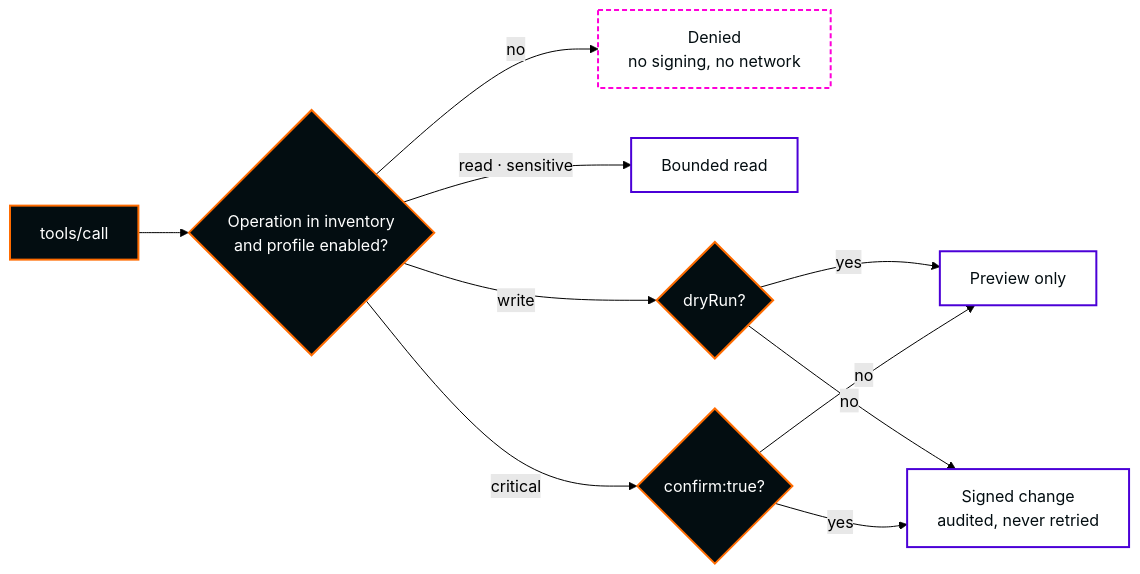
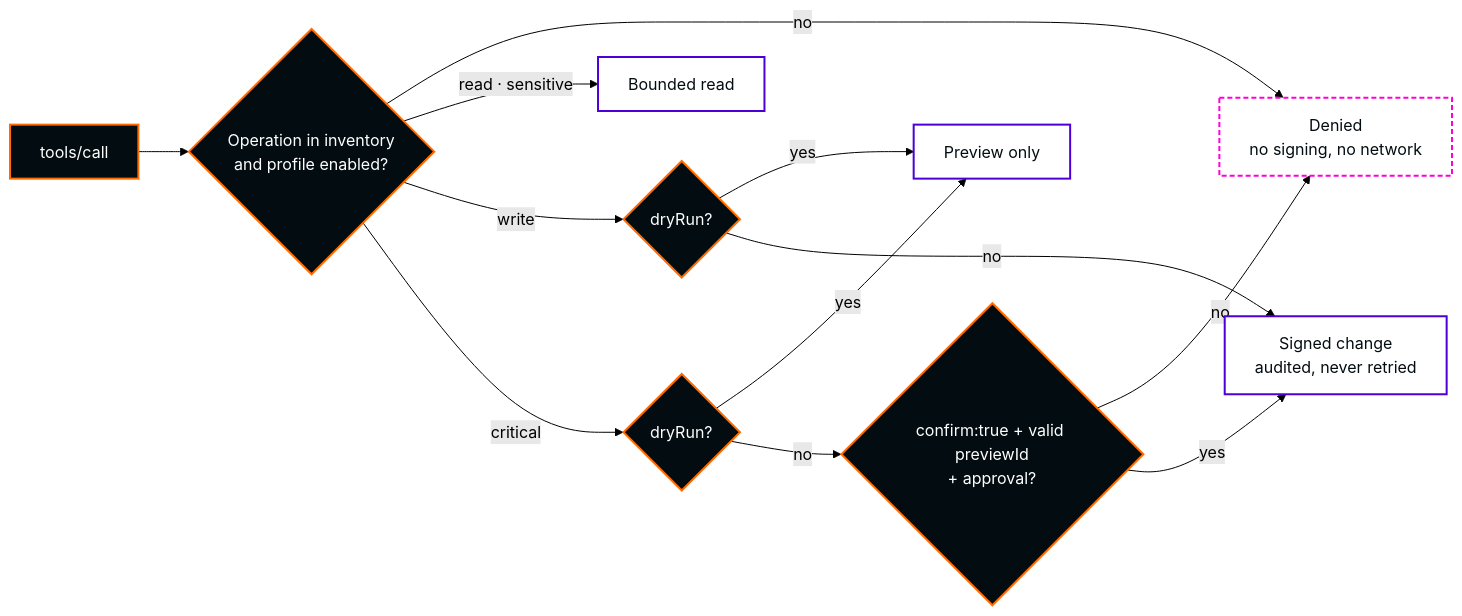
Before and after one commit to nuoframework/darktrace-mcp: the second of 4 diagrams in docs/architecture.md, drawn with Mermaid (forest theme). The commit also changed other lines of this file and 17 other files, not shown here.

````diff
--- a/docs/architecture.md
+++ b/docs/architecture.md
@@ -74,20 +74,22 @@
 ```mermaid
 flowchart LR
     accTitle: Profile decisions
-    accDescr: Each tool call is checked against the operation inventory and the operator's profiles. Reads run when their profile is on. Writes can be previewed with dryRun. Critical operations return a preview unless confirm is true. Anything outside the enabled profiles is denied before signing.
+    accDescr: Each tool call is checked against the operation inventory and the operator's profiles. Reads run when their profile is on. Writes can be previewed with dryRun. Critical operations return a preview with dryRun, are refused without confirm, and run only with confirm, a valid previewId and (by default) an accepted dialog. Anything outside the enabled profiles is denied before signing.
     T["tools/call"] --> Q{"Operation in inventory<br/>and profile enabled?"}
     Q -->|"no"| X["Denied<br/>no signing, no network"]
     Q -->|"read · sensitive"| RD["Bounded read"]
     Q -->|"write"| W{"dryRun?"}
     W -->|"yes"| PV["Preview only"]
     W -->|"no"| EX["Signed change<br/>audited, never retried"]
-    Q -->|"critical"| CF{"confirm:true?"}
-    CF -->|"no"| PV
+    Q -->|"critical"| CD{"dryRun?"}
+    CD -->|"yes"| PV
+    CD -->|"no"| CF{"confirm:true + valid previewId<br/>+ approval?"}
+    CF -->|"no"| X
     CF -->|"yes"| EX
     classDef core fill:#030D11,stroke:#FF6B00,stroke-width:2px,color:#FFFFFF
     classDef allow fill:#FFFFFF,stroke:#4B00D7,stroke-width:2px,color:#030D11
     classDef deny fill:#FFFFFF,stroke:#FF00D9,stroke-width:2px,stroke-dasharray:5 3,color:#030D11
-    class T,Q,W,CF core
+    class T,Q,W,CD,CF core
     class RD,PV,EX allow
     class X deny
 ```
````
